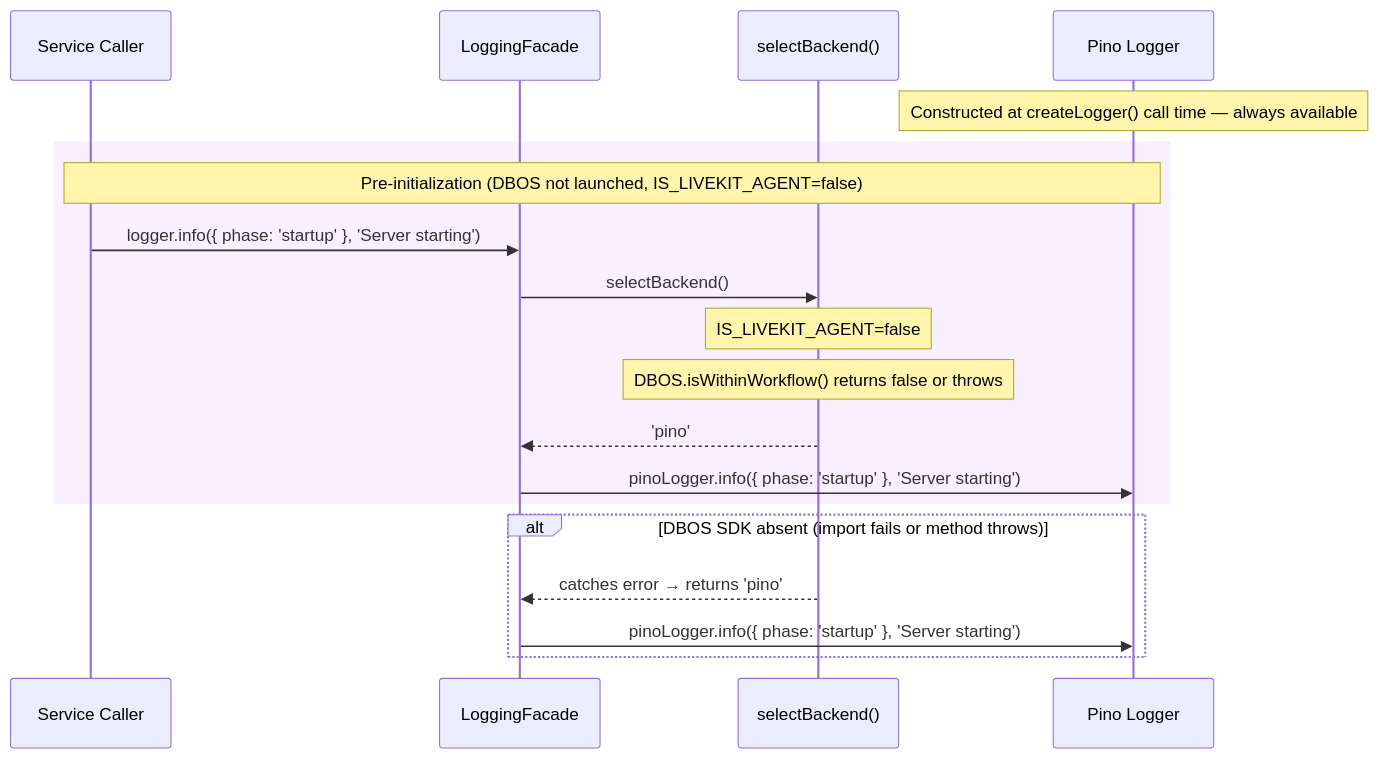
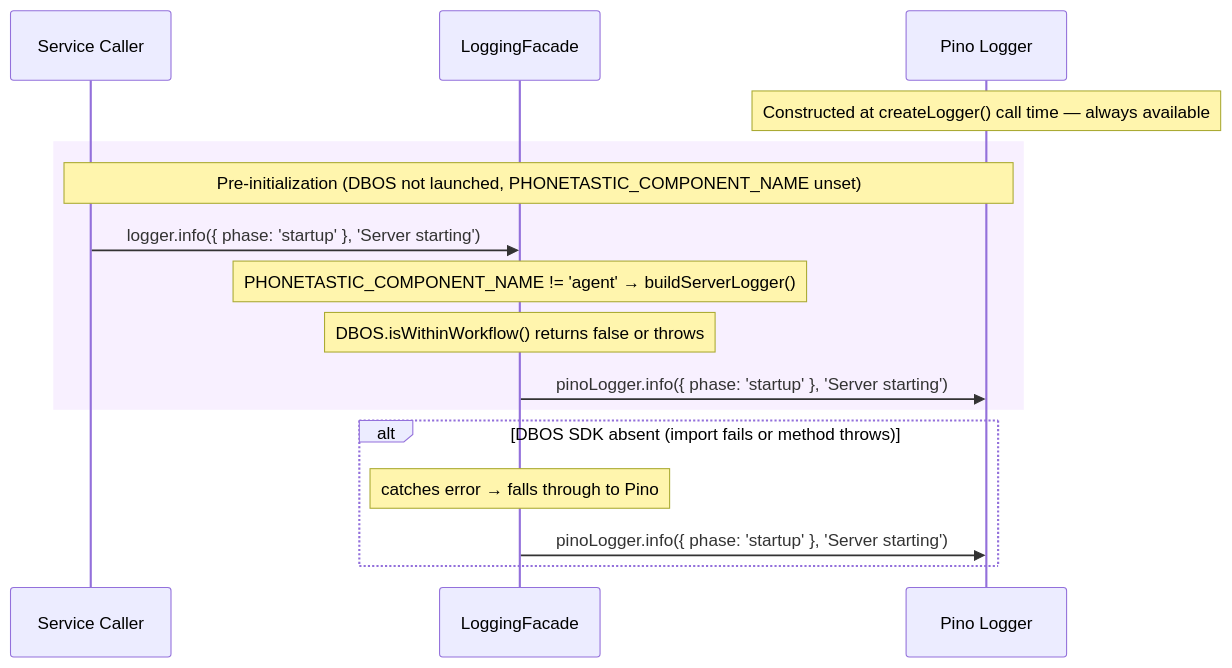
The sixth of 7 diagrams in docs/logging-facade-design.md (phonetastic-eng/phonetastic-server), drawn with Mermaid before and after one commit. The commit also changed other lines of this file and 9 other files, not shown here.

````diff
--- a/docs/logging-facade-design.md
+++ b/docs/logging-facade-design.md
@@ -152,24 +137,21 @@
 ```mermaid
 sequenceDiagram
     participant C as Service Caller
     participant F as LoggingFacade
-    participant O as selectBackend()
     participant P as Pino Logger
 
     note over P: Constructed at createLogger() call time — always available
 
     rect rgb(248, 240, 255)
-    note over C,P: Pre-initialization (DBOS not launched, IS_LIVEKIT_AGENT=false)
+    note over C,P: Pre-initialization (DBOS not launched, PHONETASTIC_COMPONENT_NAME unset)
     C->>F: logger.info({ phase: 'startup' }, 'Server starting')
-    F->>O: selectBackend()
-    note over O: IS_LIVEKIT_AGENT=false
-    note over O: DBOS.isWithinWorkflow() returns false or throws
-    O-->>F: 'pino'
+    note over F: PHONETASTIC_COMPONENT_NAME != 'agent' → buildServerLogger()
+    note over F: DBOS.isWithinWorkflow() returns false or throws
     F->>P: pinoLogger.info({ phase: 'startup' }, 'Server starting')
     end
 
     alt DBOS SDK absent (import fails or method throws)
-        O-->>F: catches error → returns 'pino'
+        note over F: catches error → falls through to Pino
         F->>P: pinoLogger.info({ phase: 'startup' }, 'Server starting')
     end
 ```
````
